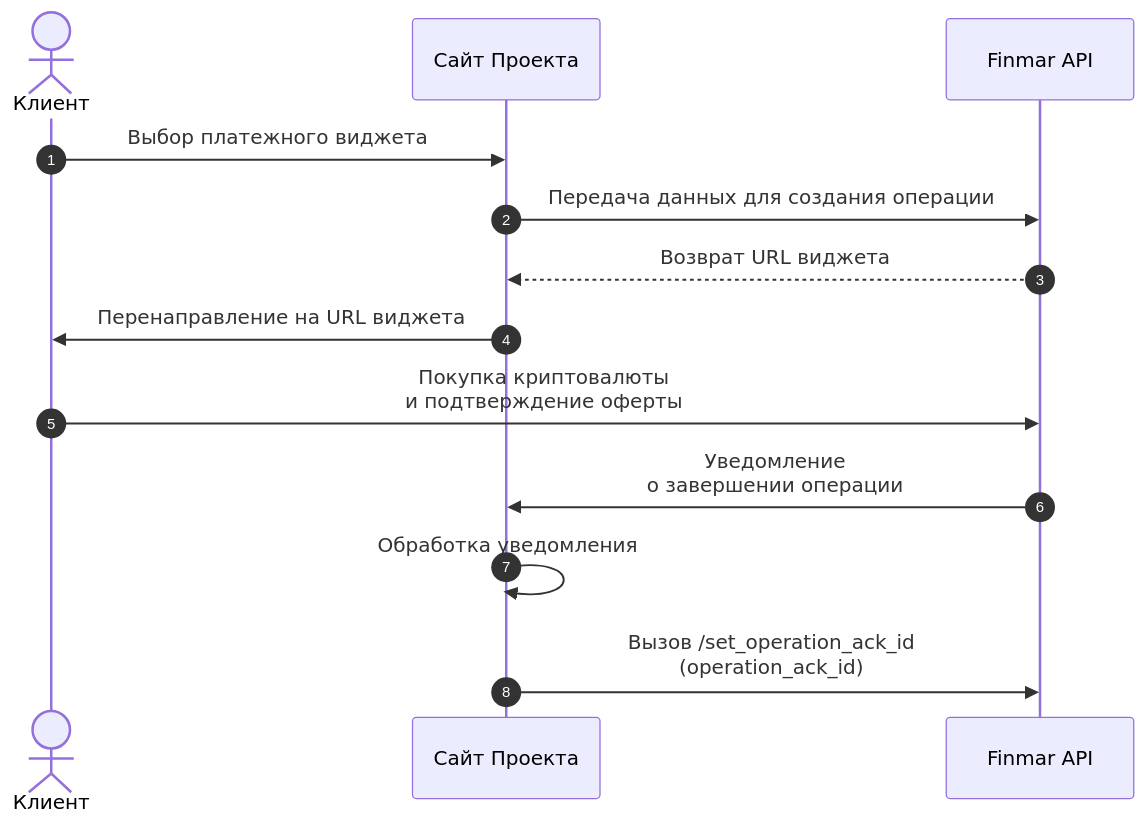
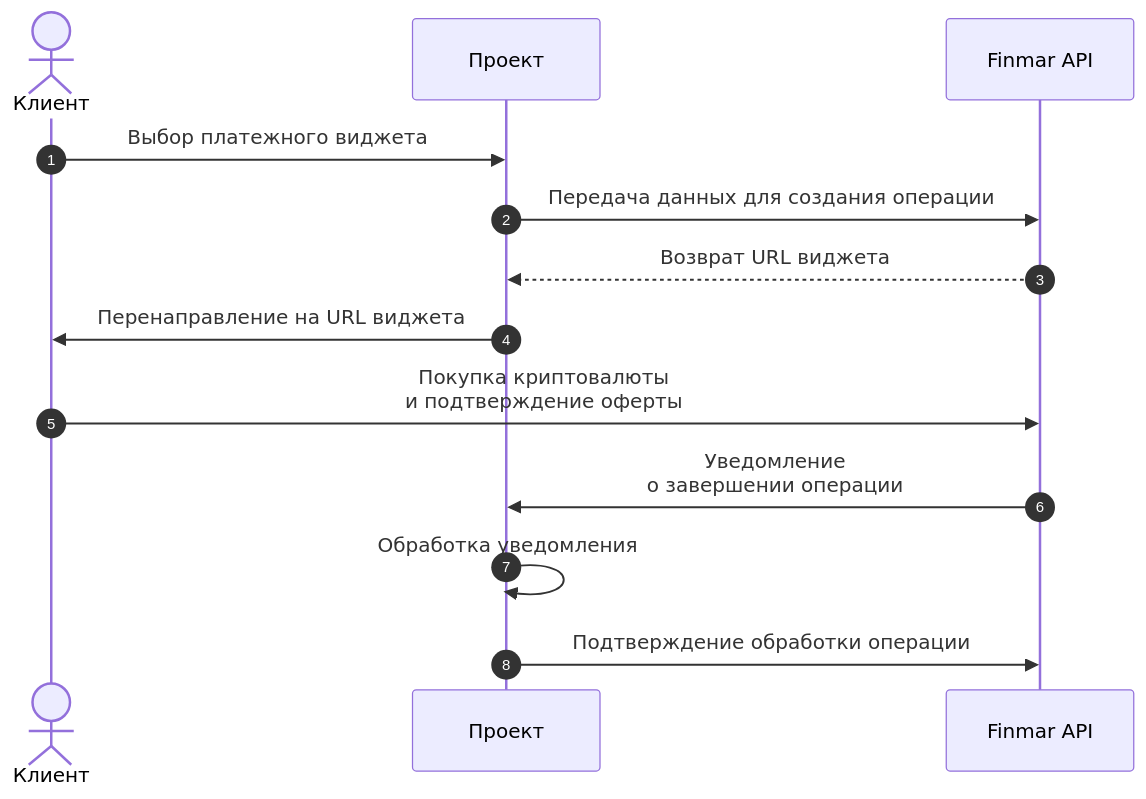
Before and after one commit to sergeyglobo/documentation: the diagram in products/widget.mdx, drawn with Mermaid. The commit also changed other lines of this file and 2 other files, not shown here.

Commit message:
Documentation edits made through Mintlify web editor

````diff
--- a/products/widget.mdx
+++ b/products/widget.mdx
@@ -12,15 +12,16 @@
 ```mermaid
 sequenceDiagram
     autonumber
     actor Клиент
-    participant Сайт Проекта
+    participant Проект
     participant Finmar API
-    Клиент->>Сайт Проекта: Выбор платежного виджета
-    Сайт Проекта->>Finmar API: Передача данных для создания операции
-    Finmar API-->>Сайт Проекта: Возврат URL виджета
-    Сайт Проекта->>Клиент: Перенаправление на URL виджета
+    Клиент->>Проект: Выбор платежного виджета
+    Проект->>Finmar API: Передача данных для создания операции
+    Finmar API-->>Проект: Возврат URL виджета
+    Проект->>Клиент: Перенаправление на URL виджета
     Клиент->>Finmar API: Покупка криптовалюты<br>и подтверждение оферты
-    Finmar API->>Сайт Проекта: Уведомление<br>о завершении операции
-    Сайт Проекта->>Сайт Проекта: Обработка уведомления
-    Сайт Проекта->>Finmar API: Вызов /set_operation_ack_id<br>(operation_ack_id)
+    Finmar API->>Проект: Уведомление<br>о завершении операции
+    Проект->>Проект: Обработка уведомления
+    Проект->>Finmar API: Подтверждение обработки операции
+
 ```
````
